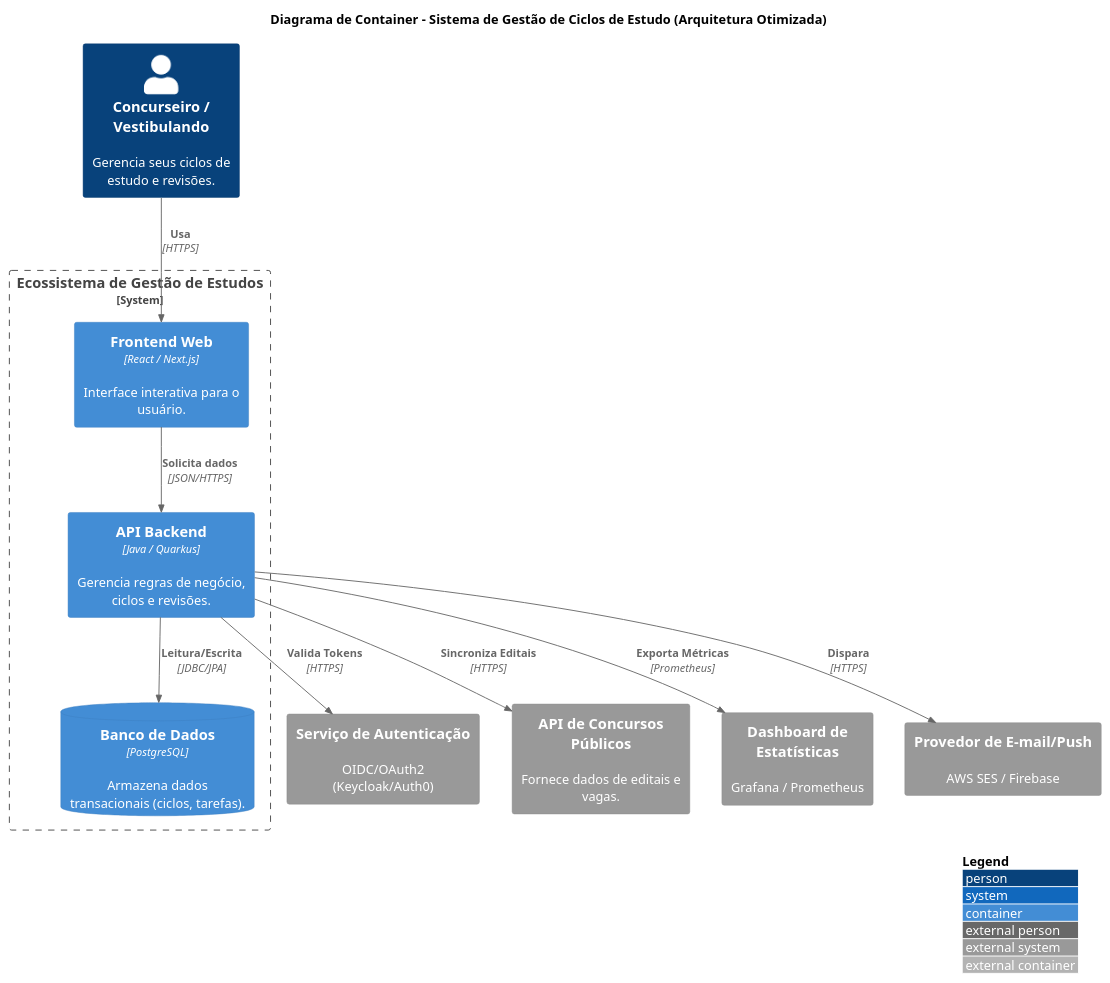
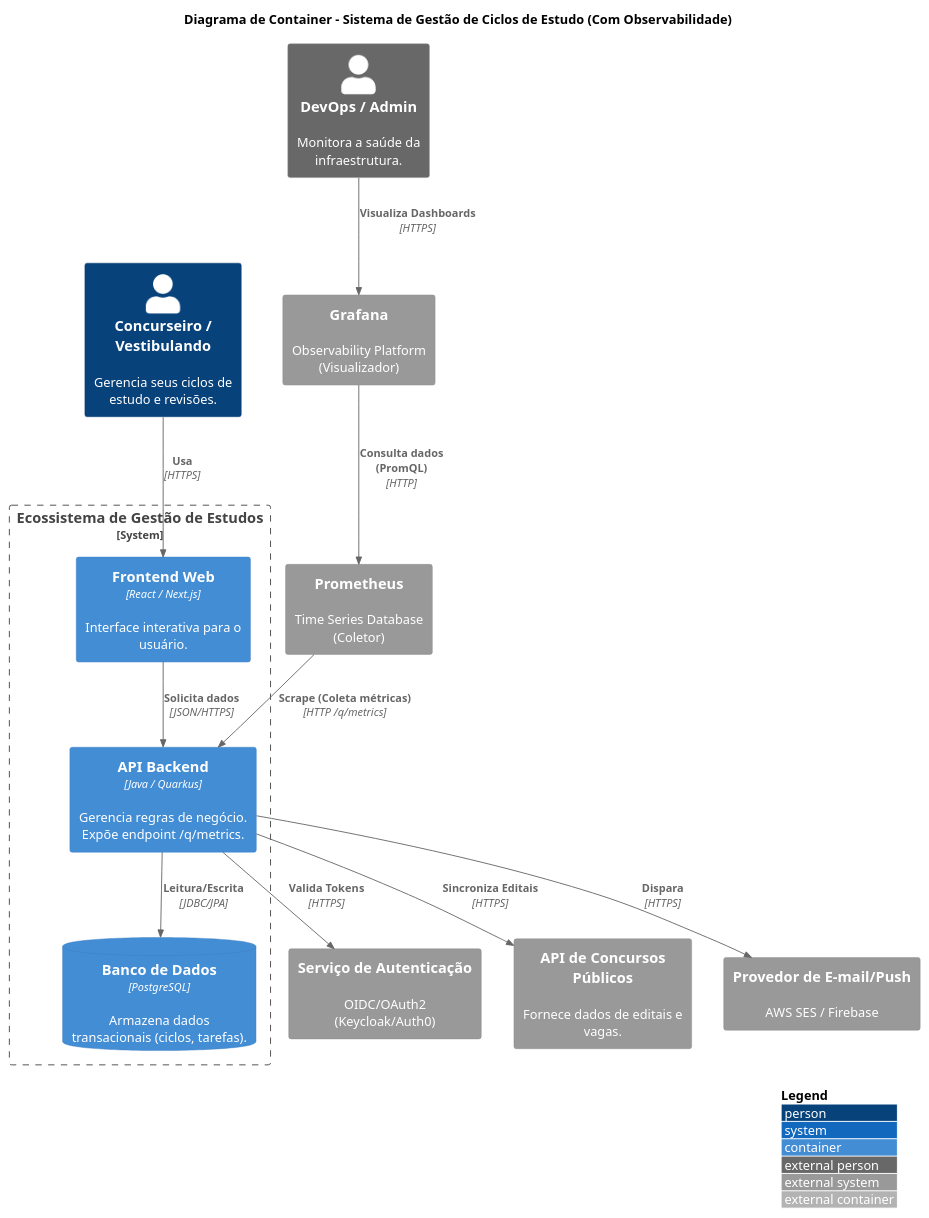
One commit to MarcosVSO/projeto_design_de_software changed the diagram in 3-Diagrama de Container/diagrama_container.puml. Above: the diagram before and after it, drawn with PlantUML. The commit also changed 8 other files, not shown here.

Commit message:
Adiciona imagens dos diagramas, retira informações desnecessárias

```diff
--- a/3-Diagrama de Container/diagrama_container.puml
+++ b/3-Diagrama de Container/diagrama_container.puml
@@ -1,40 +1,41 @@
 @startuml
 !include https://raw.githubusercontent.com/plantuml-stdlib/C4-PlantUML/master/C4_Container.puml
 
 ' Layout
 LAYOUT_WITH_LEGEND()
 
-title Diagrama de Container - Sistema de Gestão de Ciclos de Estudo (Arquitetura Otimizada)
+title Diagrama de Container - Sistema de Gestão de Ciclos de Estudo (Com Observabilidade)
 
 Person(student, "Concurseiro / Vestibulando", "Gerencia seus ciclos de estudo e revisões.")
+Person_Ext(admin, "DevOps / Admin", "Monitora a saúde da infraestrutura.")
 
 System_Ext(auth_system, "Serviço de Autenticação", "OIDC/OAuth2 (Keycloak/Auth0)")
 System_Ext(public_exams_api, "API de Concursos Públicos", "Fornece dados de editais e vagas.")
-System_Ext(stats_dashboard, "Dashboard de Estatísticas", "Grafana / Prometheus")
 System_Ext(email_system, "Provedor de E-mail/Push", "AWS SES / Firebase")
+
+System_Ext(prometheus, "Prometheus", "Time Series Database\n(Coletor)")
+System_Ext(grafana, "Grafana", "Observability Platform\n(Visualizador)")
 
 System_Boundary(study_system, "Ecossistema de Gestão de Estudos") {
     
     Container(spa, "Frontend Web", "React / Next.js", "Interface interativa para o usuário.")
-    
-    Container(backend, "API Backend", "Java / Quarkus", "Gerencia regras de negócio, ciclos e revisões.")
-    
+    Container(backend, "API Backend", "Java / Quarkus", "Gerencia regras de negócio. Expõe endpoint /q/metrics.")
     ContainerDb(database, "Banco de Dados", "PostgreSQL", "Armazena dados transacionais (ciclos, tarefas).")
-    
         
 }
 
-
-' Relacionamentos
 Rel(student, spa, "Usa", "HTTPS")
 Rel(spa, backend, "Solicita dados", "JSON/HTTPS")
 
-' Backend Flows
 Rel(backend, auth_system, "Valida Tokens", "HTTPS")
 Rel(backend, database, "Leitura/Escrita", "JDBC/JPA")
 Rel(backend, public_exams_api, "Sincroniza Editais", "HTTPS")
-Rel(backend, stats_dashboard, "Exporta Métricas", "Prometheus")
 Rel(backend, email_system, "Dispara", "HTTPS")
 
+Rel(prometheus, backend, "Scrape (Coleta métricas)", "HTTP /q/metrics")
+
+Rel(grafana, prometheus, "Consulta dados (PromQL)", "HTTP")
+
+Rel(admin, grafana, "Visualiza Dashboards", "HTTPS")
 
 @enduml
```
